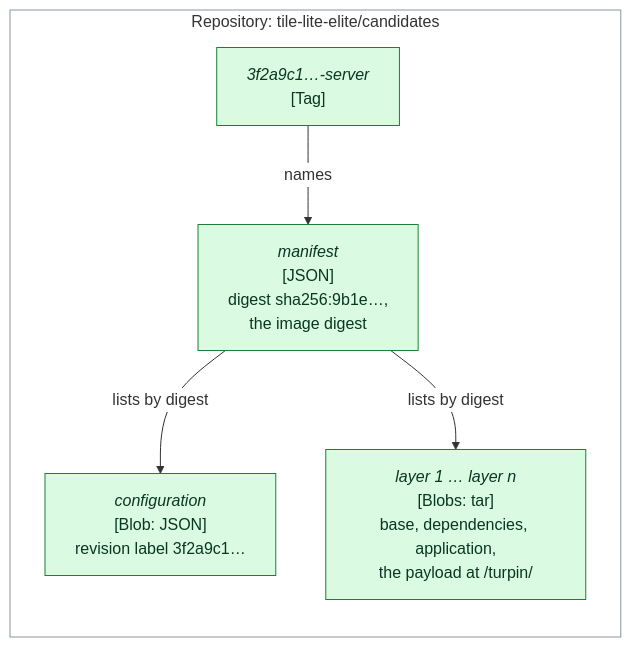
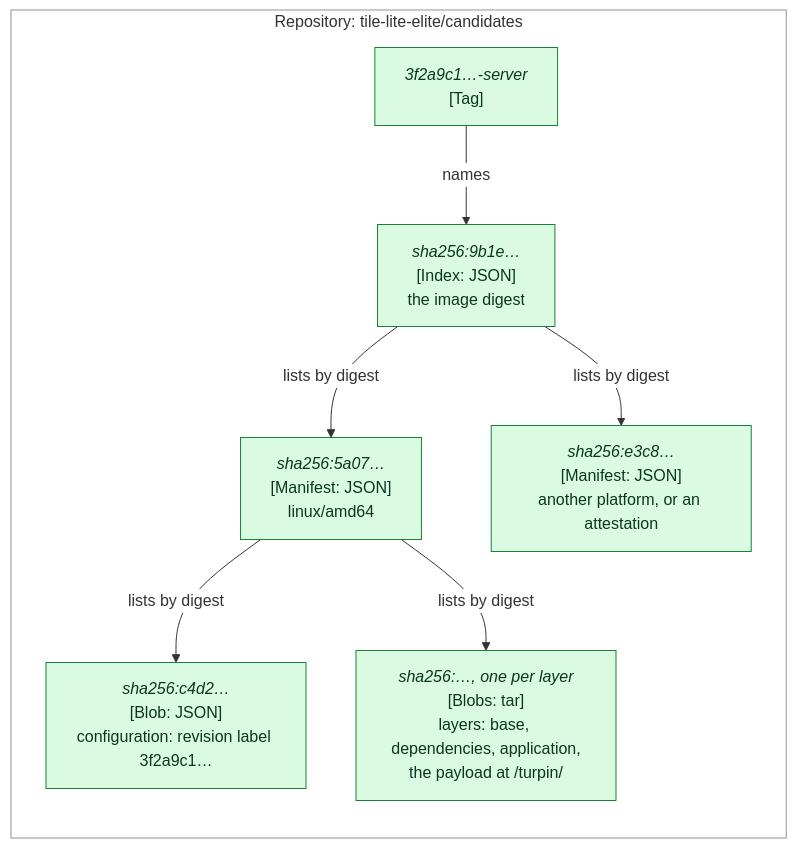
One commit to delphside/programme changed the fifth of 9 diagrams in records/2.5-changes/programme-tooling/117-generic-deliver-tool/design.md. Above: the diagram before and after it, drawn with Mermaid. The commit also changed other lines of this file, not shown here.

First line of the commit message:
Change 117: draw the index in the one-image diagram

````diff
--- a/records/2.5-changes/programme-tooling/117-generic-deliver-tool/design.md
+++ b/records/2.5-changes/programme-tooling/117-generic-deliver-tool/design.md
@@ -462,15 +463,19 @@
 ```mermaid
 %%{init: {"themeVariables": {"clusterBkg": "#ffffff", "clusterBorder": "#8c959f", "edgeLabelBackground": "#ffffff"}}}%%
 flowchart LR
   subgraph CAND["Repository: tile-lite-elite/candidates"]
     T1["<i>3f2a9c1…-server</i><br>[Tag]"]
-    M1["<i>manifest</i><br>[JSON]<br>digest sha256:9b1e…,<br>the image digest"]
-    CF1["<i>configuration</i><br>[Blob: JSON]<br>revision label 3f2a9c1…"]
-    L1["<i>layer 1 … layer n</i><br>[Blobs: tar]<br>base, dependencies, application,<br>the payload at /turpin/"]
+    IX["<i>sha256:9b1e…</i><br>[Index: JSON]<br>the image digest"]
+    M1["<i>sha256:5a07…</i><br>[Manifest: JSON]<br>linux/amd64"]
+    M2["<i>sha256:e3c8…</i><br>[Manifest: JSON]<br>another platform, or an attestation"]
+    CF1["<i>sha256:c4d2…</i><br>[Blob: JSON]<br>configuration: revision label 3f2a9c1…"]
+    L1["<i>sha256:…, one per layer</i><br>[Blobs: tar]<br>layers: base, dependencies, application,<br>the payload at /turpin/"]
   end
-  T1 -->|"names"| M1
+  T1 -->|"names"| IX
+  IX -->|"lists by digest"| M1
+  IX -->|"lists by digest"| M2
   M1 -->|"lists by digest"| CF1
   M1 -->|"lists by digest"| L1
   classDef new          fill:#dafbe1,stroke:#1a7f37,color:#0a3622
-  class T1,M1,CF1,L1 new
+  class T1,IX,M1,M2,CF1,L1 new
 ```
````
